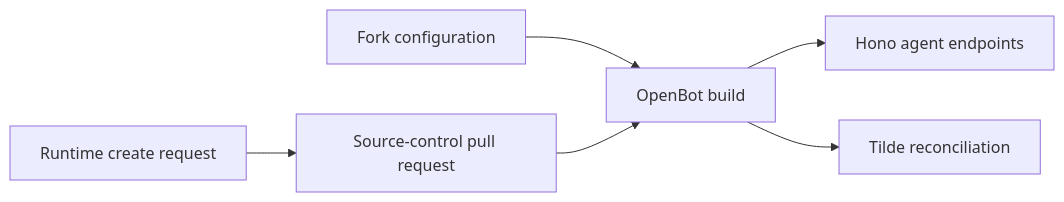
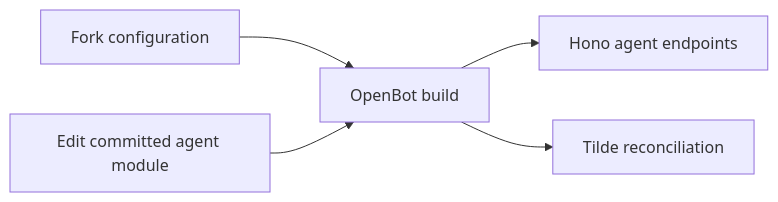
The diagram in docs/adrs/0001-fork-owned-configuration.md (trytilde/dispatch), drawn with Mermaid before and after one commit. The commit also changed other lines of this file and 27 other files, not shown here.

````diff
--- a/docs/adrs/0001-fork-owned-configuration.md
+++ b/docs/adrs/0001-fork-owned-configuration.md
@@ -19,8 +19,7 @@
 ```mermaid
 flowchart LR
   F["Fork configuration"] --> B["OpenBot build"]
   B --> H["Hono agent endpoints"]
   B --> R["Tilde reconciliation"]
-  C["Runtime create request"] --> P["Source-control pull request"]
-  P --> B
+  E["Edit committed agent module"] --> B
 ```
````
